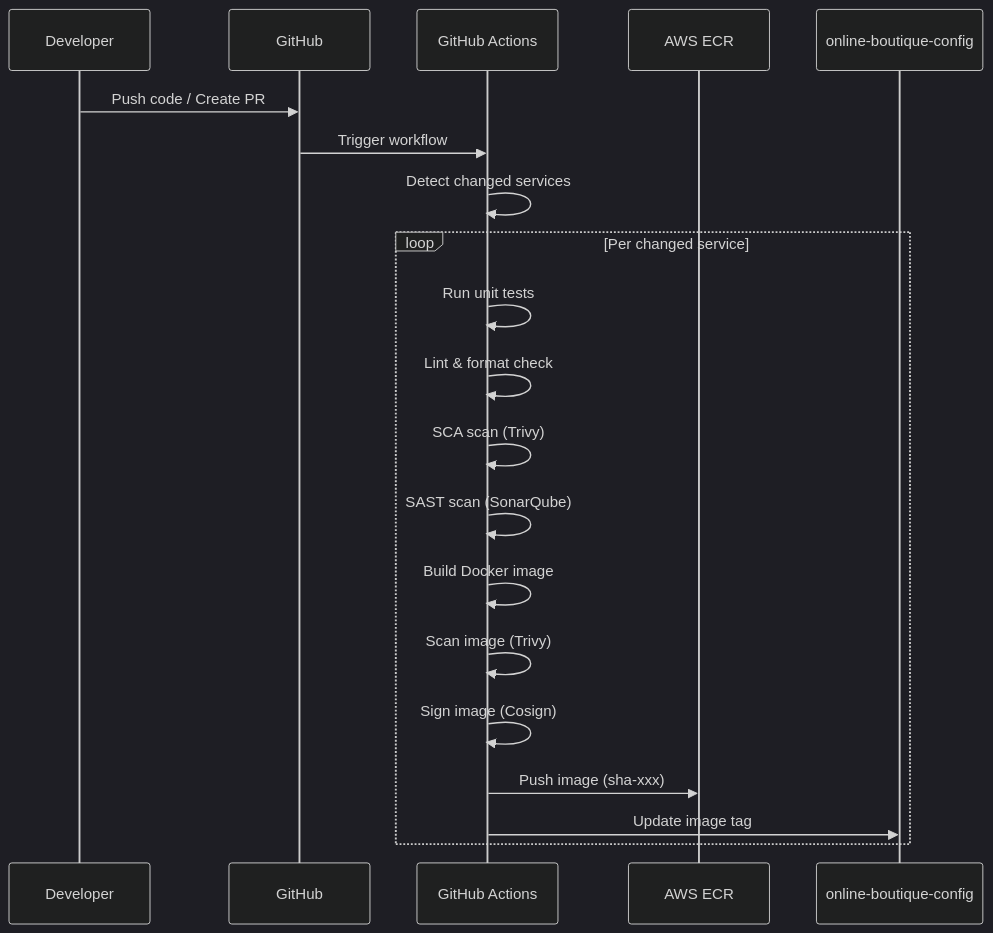
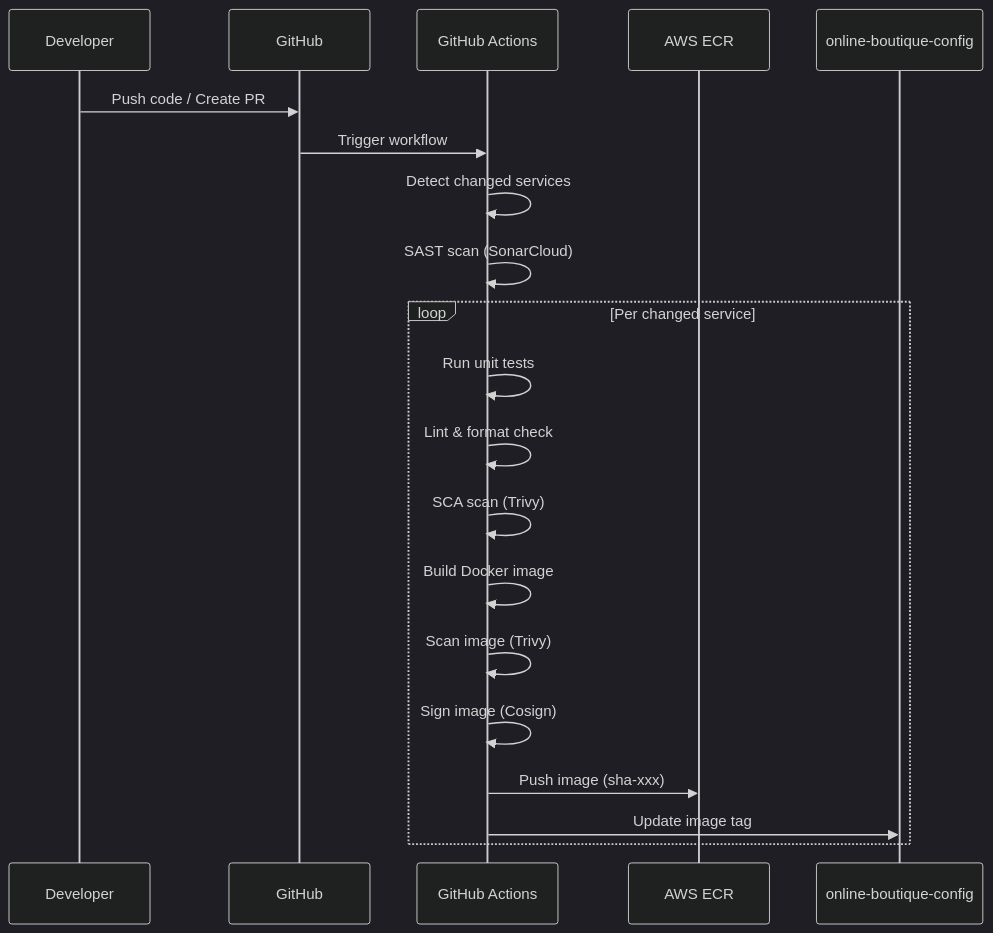
The fifth of 10 diagrams in devops/architecture.md (online-boutique-application-demo/online-boutique-app), drawn with Mermaid (dark theme) before and after one commit. The commit also changed other lines of this file, not shown here.

Commit message:
docs(architecture): align Public Subnet, SonarCloud SAST, and GitOps repo structure with implementation

````diff
--- a/devops/architecture.md
+++ b/devops/architecture.md
@@ -235,24 +235,24 @@
 ```mermaid
 sequenceDiagram
     participant Dev as Developer
     participant GH as GitHub
     participant CI as GitHub Actions
     participant ECR as AWS ECR
     participant CFG as online-boutique-config
 
     Dev->>GH: Push code / Create PR
     GH->>CI: Trigger workflow
     CI->>CI: Detect changed services
+    CI->>CI: SAST scan (SonarCloud)
     
     loop Per changed service
         CI->>CI: Run unit tests
         CI->>CI: Lint & format check
         CI->>CI: SCA scan (Trivy)
-        CI->>CI: SAST scan (SonarQube)
         CI->>CI: Build Docker image
         CI->>CI: Scan image (Trivy)
         CI->>CI: Sign image (Cosign)
         CI->>ECR: Push image (sha-xxx)
         CI->>CFG: Update image tag
     end
 ```
````
